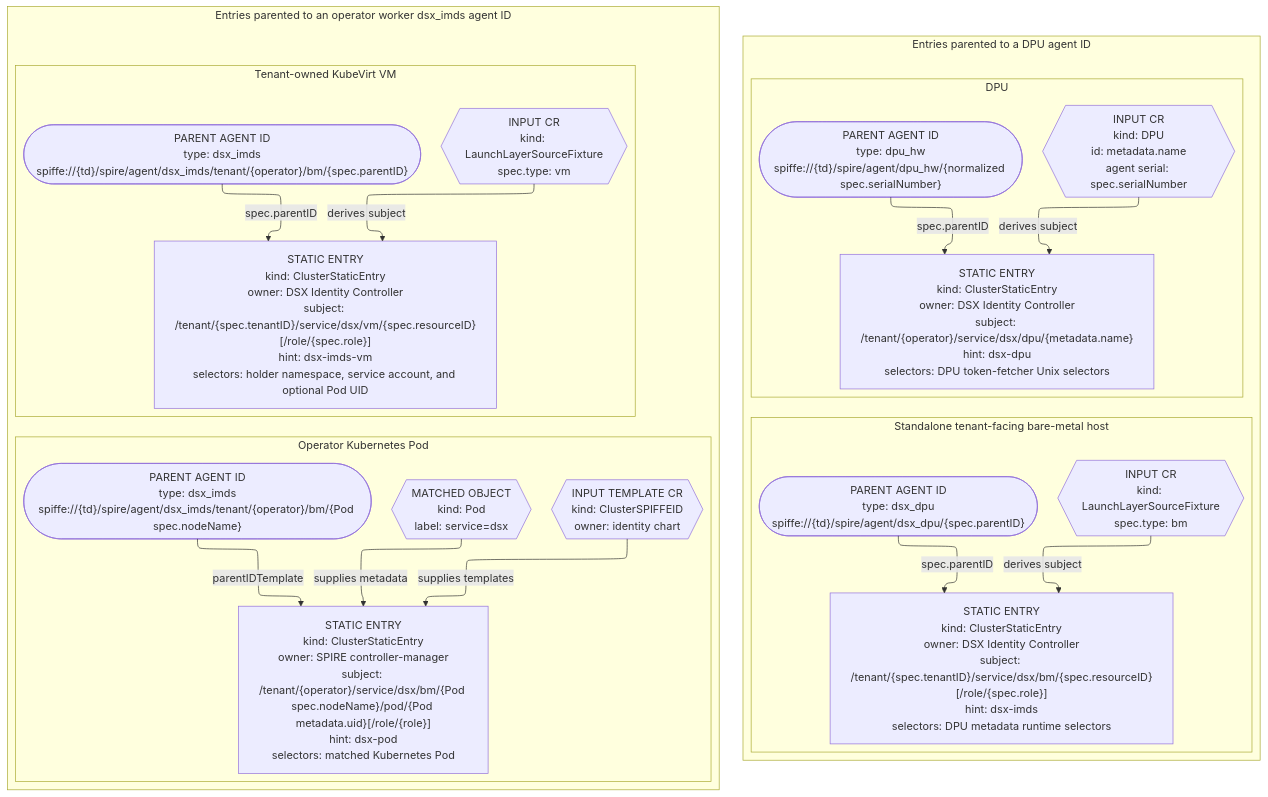
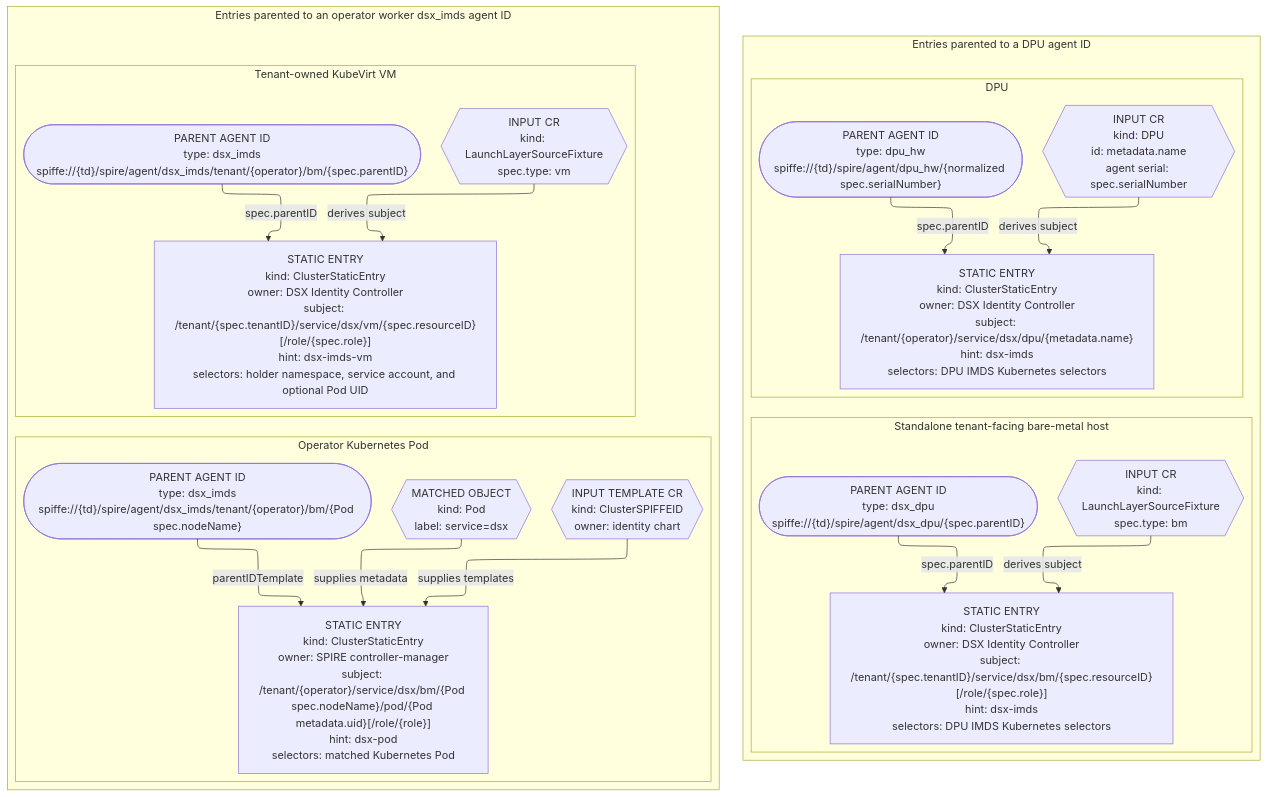
Before and after one commit to dsx-ai-factory/nvidia-workload-identity: the third of 7 diagrams in README.md, drawn with Mermaid. The commit also changed other lines of this file and 34 other files, not shown here.

Commit message:
feat(VMAAS-1586): deploy DPU IMDS workloads

````diff
--- a/README.md
+++ b/README.md
@@ -265,50 +248,50 @@
 ```mermaid
 %%{init: {"flowchart": {"defaultRenderer": "elk"}, "elk": {"nodePlacementStrategy": "SIMPLE"}}}%%
 flowchart TB
 
   subgraph DPUParented["Entries parented to a DPU agent ID"]
     direction LR
 
     subgraph DPULane["DPU"]
       direction TB
       DPUCR{{"INPUT CR<br/>kind: DPU<br/>id: metadata.name<br/>agent serial: spec.serialNumber"}}
       DPUParent(["PARENT AGENT ID<br/>type: dpu_hw<br/>spiffe://{td}/spire/agent/dpu_hw/{normalized spec.serialNumber}"])
-      DPUEntry["STATIC ENTRY<br/>kind: ClusterStaticEntry<br/>owner: DSX Identity Controller<br/>subject: /tenant/{operator}/service/dsx/dpu/{metadata.name}<br/>hint: dsx-dpu<br/>selectors: DPU token-fetcher Unix selectors"]
+      DPUEntry["STATIC ENTRY<br/>kind: ClusterStaticEntry<br/>owner: DSX Identity Controller<br/>subject: /tenant/{operator}/service/dsx/dpu/{metadata.name}<br/>hint: dsx-imds<br/>selectors: DPU IMDS Kubernetes selectors"]
       DPUCR -->|"derives subject"| DPUEntry
       DPUParent -->|"spec.parentID"| DPUEntry
     end
 
     subgraph HostLane["Standalone tenant-facing bare-metal host"]
       direction TB
       HostSource{{"INPUT CR<br/>kind: LaunchLayerSourceFixture<br/>spec.type: bm"}}
       HostParent(["PARENT AGENT ID<br/>type: dsx_dpu<br/>spiffe://{td}/spire/agent/dsx_dpu/{spec.parentID}"])
-      HostEntry["STATIC ENTRY<br/>kind: ClusterStaticEntry<br/>owner: DSX Identity Controller<br/>subject: /tenant/{spec.tenantID}/service/dsx/bm/{spec.resourceID}[/role/{spec.role}]<br/>hint: dsx-imds<br/>selectors: DPU metadata runtime selectors"]
+      HostEntry["STATIC ENTRY<br/>kind: ClusterStaticEntry<br/>owner: DSX Identity Controller<br/>subject: /tenant/{spec.tenantID}/service/dsx/bm/{spec.resourceID}[/role/{spec.role}]<br/>hint: dsx-imds<br/>selectors: DPU IMDS Kubernetes selectors"]
       HostSource -->|"derives subject"| HostEntry
       HostParent -->|"spec.parentID"| HostEntry
     end
   end
 
   subgraph HostParented["Entries parented to an operator worker dsx_imds agent ID"]
     direction LR
 
     subgraph PodLane["Operator Kubernetes Pod"]
       direction TB
       PodTemplate{{"INPUT TEMPLATE CR<br/>kind: ClusterSPIFFEID<br/>owner: identity chart"}}
       PodObject{{"MATCHED OBJECT<br/>kind: Pod<br/>label: service=dsx"}}
       PodParent(["PARENT AGENT ID<br/>type: dsx_imds<br/>spiffe://{td}/spire/agent/dsx_imds/tenant/{operator}/bm/{Pod spec.nodeName}"])
       PodEntry["STATIC ENTRY<br/>kind: ClusterStaticEntry<br/>owner: SPIRE controller-manager<br/>subject: /tenant/{operator}/service/dsx/bm/{Pod spec.nodeName}/pod/{Pod metadata.uid}[/role/{role}]<br/>hint: dsx-pod<br/>selectors: matched Kubernetes Pod"]
       PodTemplate -->|"supplies templates"| PodEntry
       PodObject -->|"supplies metadata"| PodEntry
       PodParent -->|"parentIDTemplate"| PodEntry
     end
 
     subgraph VMLane["Tenant-owned KubeVirt VM"]
       direction TB
       VMSource{{"INPUT CR<br/>kind: LaunchLayerSourceFixture<br/>spec.type: vm"}}
       VMParent(["PARENT AGENT ID<br/>type: dsx_imds<br/>spiffe://{td}/spire/agent/dsx_imds/tenant/{operator}/bm/{spec.parentID}"])
       VMEntry["STATIC ENTRY<br/>kind: ClusterStaticEntry<br/>owner: DSX Identity Controller<br/>subject: /tenant/{spec.tenantID}/service/dsx/vm/{spec.resourceID}[/role/{spec.role}]<br/>hint: dsx-imds-vm<br/>selectors: holder namespace, service account, and optional Pod UID"]
       VMSource -->|"derives subject"| VMEntry
       VMParent -->|"spec.parentID"| VMEntry
     end
   end
 ```
````
